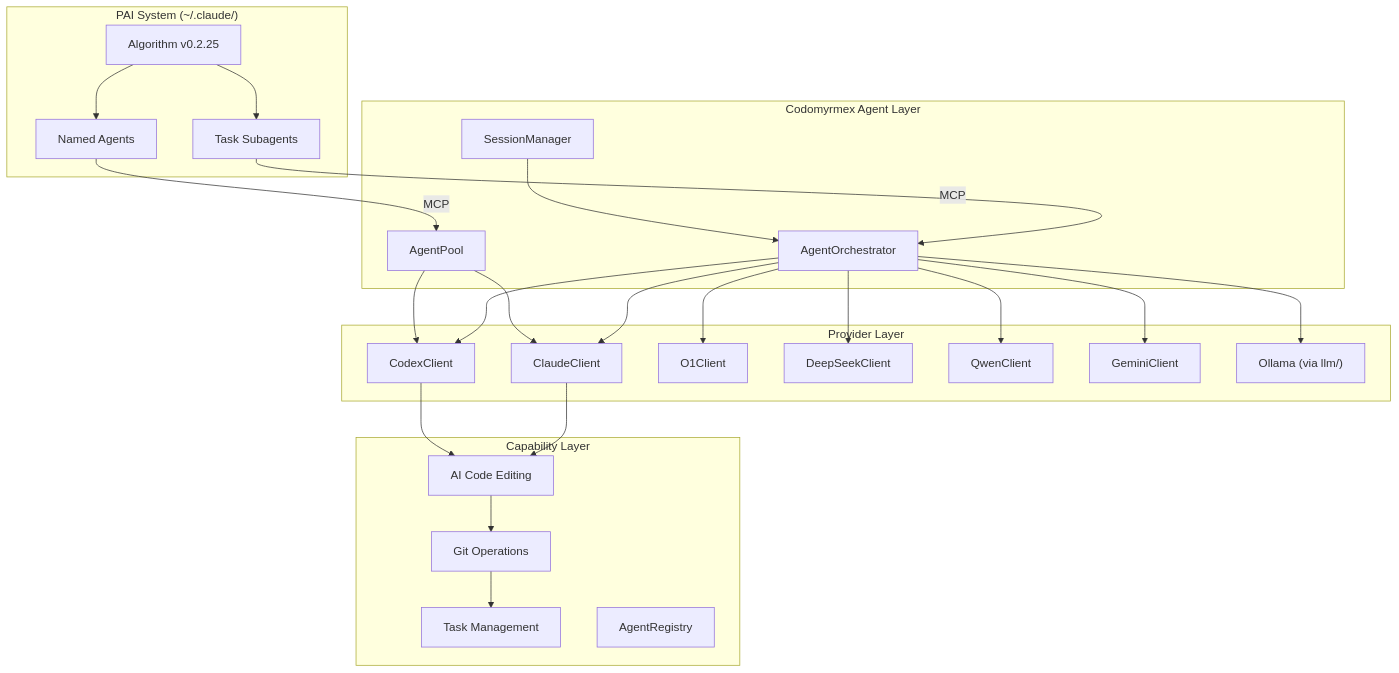
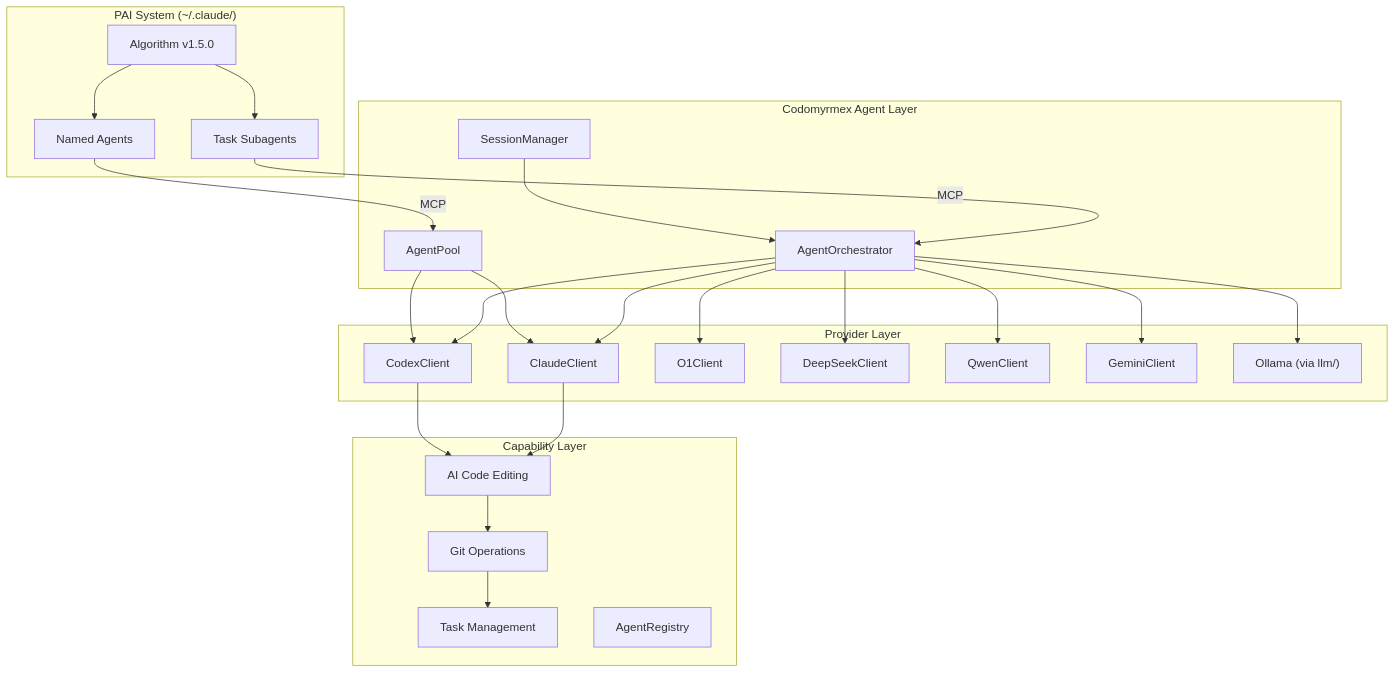
One commit to docxology/codomyrmex changed the diagram in src/codomyrmex/agents/PAI.md. Above: the diagram before and after it, drawn with Mermaid. The commit also changed 712 other files, not shown here.

````diff
--- a/src/codomyrmex/agents/PAI.md
+++ b/src/codomyrmex/agents/PAI.md
@@ -185,54 +185,54 @@
 ```mermaid
 graph TB
     subgraph paiSystem ["PAI System (~/.claude/)"]
-        Algorithm["Algorithm v0.2.25"]
+        Algorithm["Algorithm v1.5.0"]
         Subagents["Task Subagents"]
         Named["Named Agents"]
     end
 
     subgraph agentLayer ["Codomyrmex Agent Layer"]
         Orchestrator["AgentOrchestrator"]
         Pool["AgentPool"]
         Session["SessionManager"]
     end
 
     subgraph providers ["Provider Layer"]
         Claude["ClaudeClient"]
         Codex["CodexClient"]
         O1["O1Client"]
         DeepSeek["DeepSeekClient"]
         Qwen["QwenClient"]
         Gemini["GeminiClient"]
         Local["Ollama (via llm/)"]
     end
 
     subgraph capabilities ["Capability Layer"]
         CodeEdit["AI Code Editing"]
         GitAgent["Git Operations"]
         Droid["Task Management"]
         Setup["AgentRegistry"]
     end
 
     Algorithm --> Subagents
     Algorithm --> Named
     Subagents -->|"MCP"| Orchestrator
     Named -->|"MCP"| Pool
 
     Orchestrator --> Claude
     Orchestrator --> Codex
     Orchestrator --> O1
     Orchestrator --> DeepSeek
     Orchestrator --> Qwen
     Orchestrator --> Gemini
     Orchestrator --> Local
 
     Pool --> Claude
     Pool --> Codex
 
     Session --> Orchestrator
 
     Claude --> CodeEdit
     Codex --> CodeEdit
     CodeEdit --> GitAgent
     GitAgent --> Droid
 ```
````
